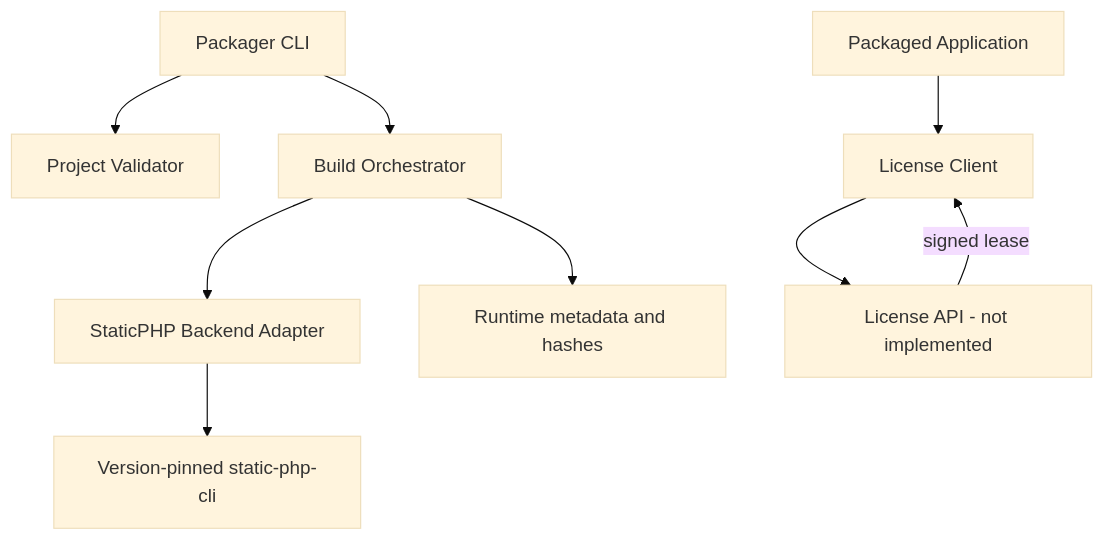
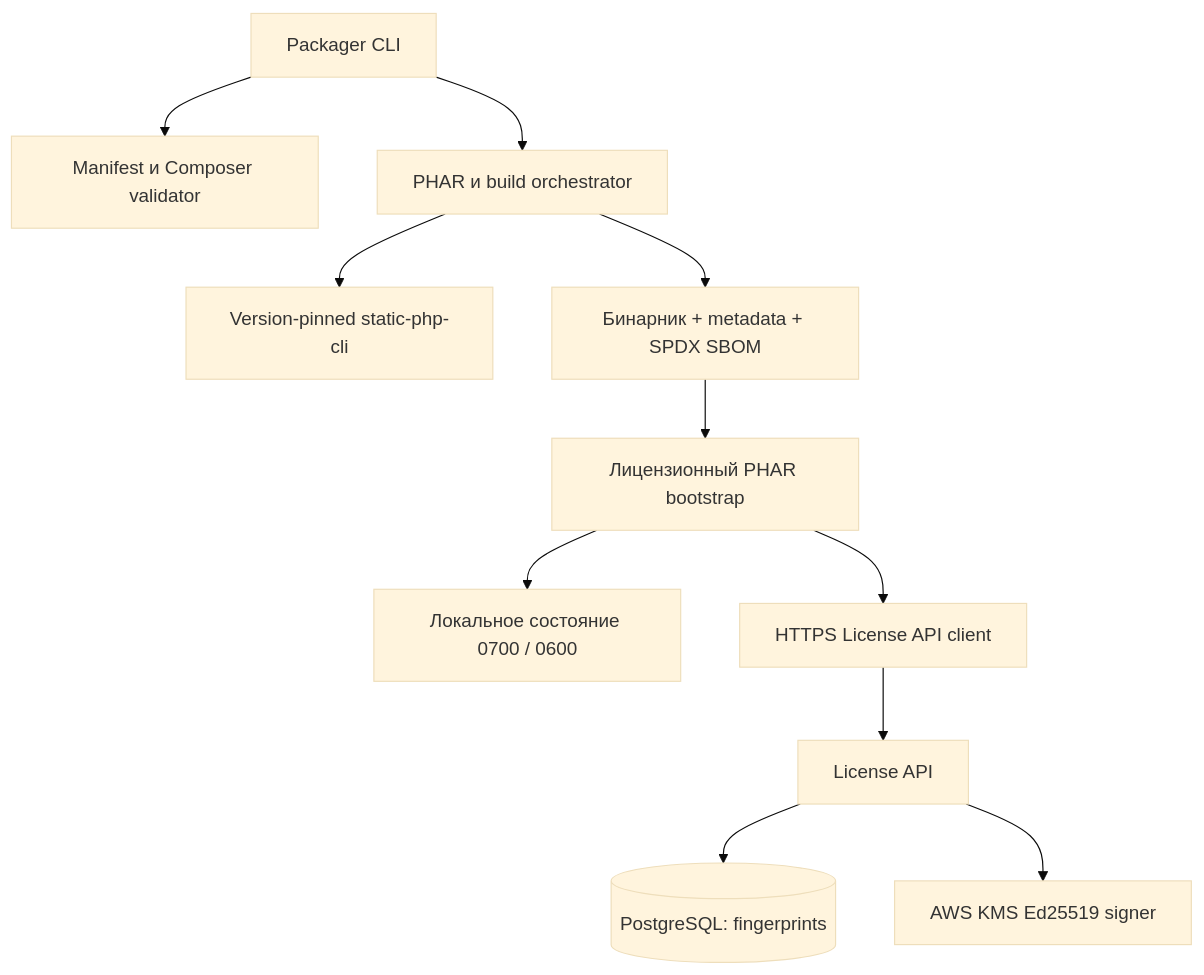
Before and after one commit to localzet/Packager: the second of 2 diagrams in docs/architecture.md, drawn with Mermaid (base theme). The commit also changed other lines of this file and 20 other files, not shown here.

First line of the commit message:
feat: add signed online license lease runtime

````diff
--- a/docs/architecture.md
+++ b/docs/architecture.md
@@ -34,11 +34,13 @@
 ```mermaid
 flowchart TB
-  CLI[Packager CLI] --> V[Project Validator]
-  CLI --> B[Build Orchestrator]
-  B --> A[StaticPHP Backend Adapter]
-  A --> SPC[Version-pinned static-php-cli]
-  B --> M[Runtime metadata and hashes]
-  APP[Packaged Application] --> LC[License Client]
-  LC --> API[License API - not implemented]
-  API -->|signed lease| LC
+  CLI[Packager CLI] --> Validator[Manifest и Composer validator]
+  CLI --> Builder[PHAR и build orchestrator]
+  Builder --> SPC[Version-pinned static-php-cli]
+  Builder --> Bundle[Бинарник + metadata + SPDX SBOM]
+  Bundle --> Stub[Лицензионный PHAR bootstrap]
+  Stub --> Store[Локальное состояние 0700 / 0600]
+  Stub --> Client[HTTPS License API client]
+  Client --> API[License API]
+  API --> Database[(PostgreSQL: fingerprints)]
+  API --> Signer[AWS KMS Ed25519 signer]
 ```
````
